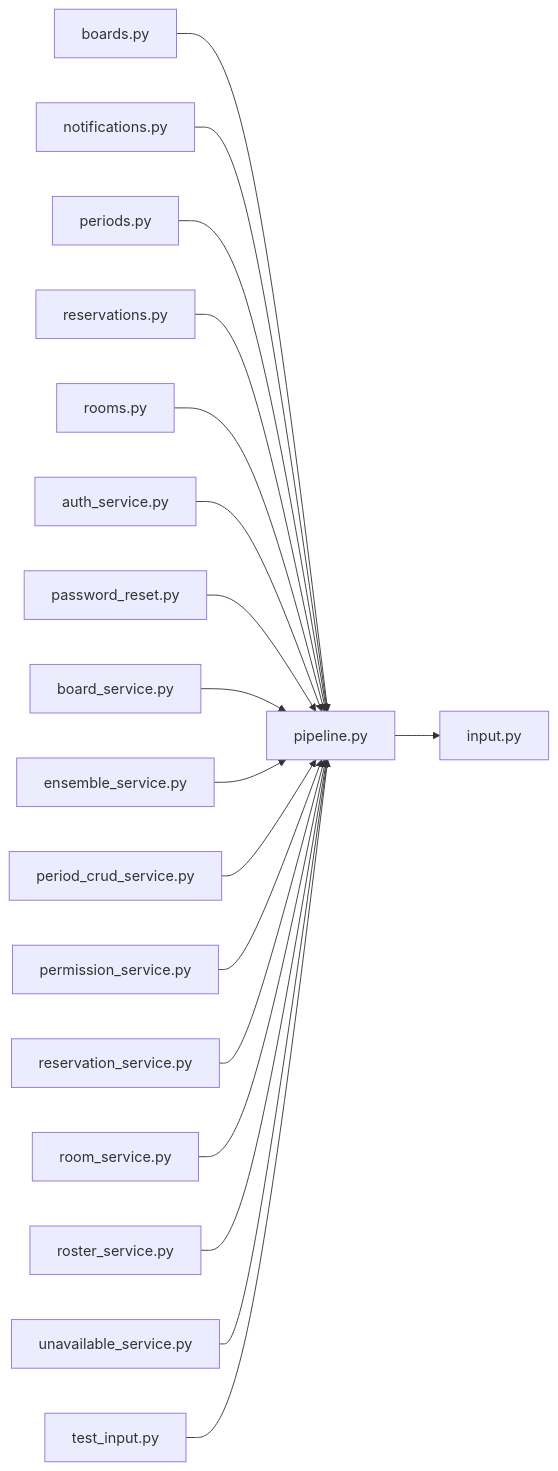
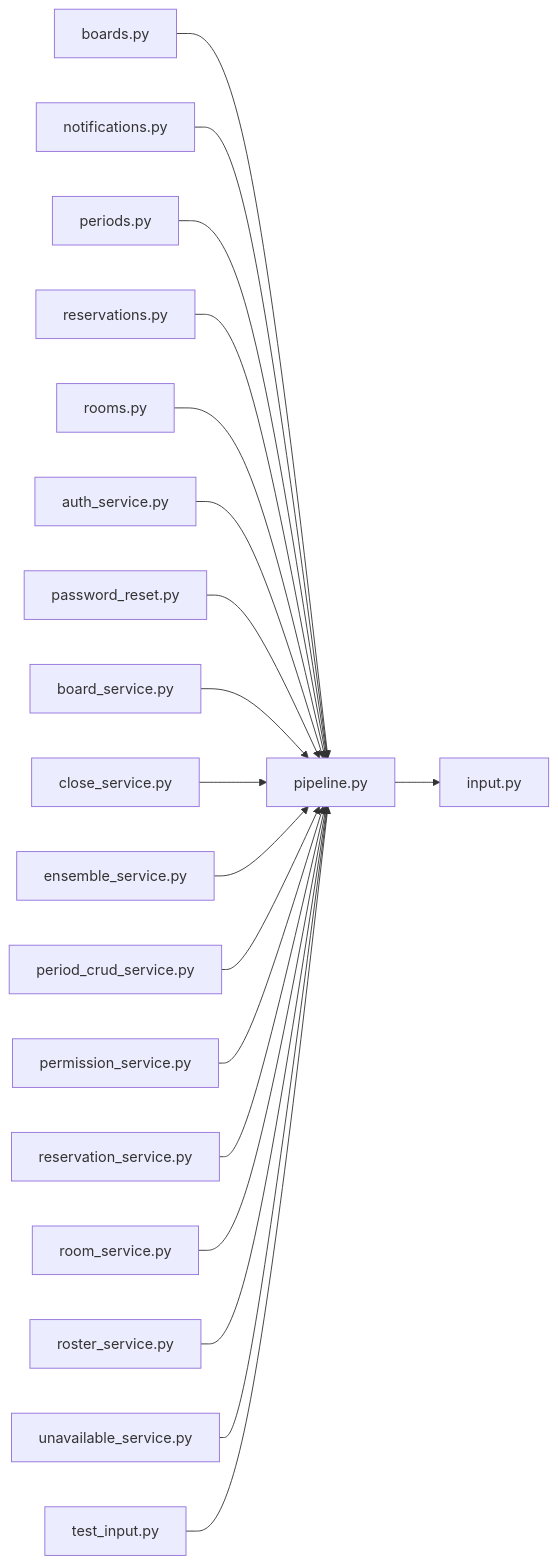
Before and after one commit to minkong-dev/Banblit: the diagram in .cluedoc/graph/backend/src/backend/services/validation/pipeline.md, drawn with Mermaid. The commit also changed other lines of this file and 35 other files, not shown here.

Commit message:
backend: close a focused period at its closing time and allow unfixing with a reason

````diff
--- a/.cluedoc/graph/backend/src/backend/services/validation/pipeline.md
+++ b/.cluedoc/graph/backend/src/backend/services/validation/pipeline.md
@@ -10,21 +10,22 @@
 ```mermaid
 flowchart LR
   backend_src_backend_services_validation_pipeline["pipeline.py"]
   backend_src_backend_services_validation_pipeline --> backend_src_backend_services_validation_input["input.py"]
   backend_src_backend_api_routers_boards["boards.py"] --> backend_src_backend_services_validation_pipeline
   backend_src_backend_api_routers_notifications["notifications.py"] --> backend_src_backend_services_validation_pipeline
   backend_src_backend_api_routers_periods["periods.py"] --> backend_src_backend_services_validation_pipeline
   backend_src_backend_api_routers_reservations["reservations.py"] --> backend_src_backend_services_validation_pipeline
   backend_src_backend_api_routers_rooms["rooms.py"] --> backend_src_backend_services_validation_pipeline
   backend_src_backend_services_auth_auth_service["auth_service.py"] --> backend_src_backend_services_validation_pipeline
   backend_src_backend_services_auth_password_reset["password_reset.py"] --> backend_src_backend_services_validation_pipeline
   backend_src_backend_services_board_board_service["board_service.py"] --> backend_src_backend_services_validation_pipeline
+  backend_src_backend_services_period_close_service["close_service.py"] --> backend_src_backend_services_validation_pipeline
   backend_src_backend_services_period_ensemble_service["ensemble_service.py"] --> backend_src_backend_services_validation_pipeline
   backend_src_backend_services_period_period_crud_service["period_crud_service.py"] --> backend_src_backend_services_validation_pipeline
   backend_src_backend_services_permission_permission_service["permission_service.py"] --> backend_src_backend_services_validation_pipeline
   backend_src_backend_services_reservation_reservation_service["reservation_service.py"] --> backend_src_backend_services_validation_pipeline
   backend_src_backend_services_room_room_service["room_service.py"] --> backend_src_backend_services_validation_pipeline
   backend_src_backend_services_roster_roster_service["roster_service.py"] --> backend_src_backend_services_validation_pipeline
   backend_src_backend_services_unavailable_unavailable_service["unavailable_service.py"] --> backend_src_backend_services_validation_pipeline
   backend_tests_unit_test_input["test_input.py"] --> backend_src_backend_services_validation_pipeline
 ```
````
